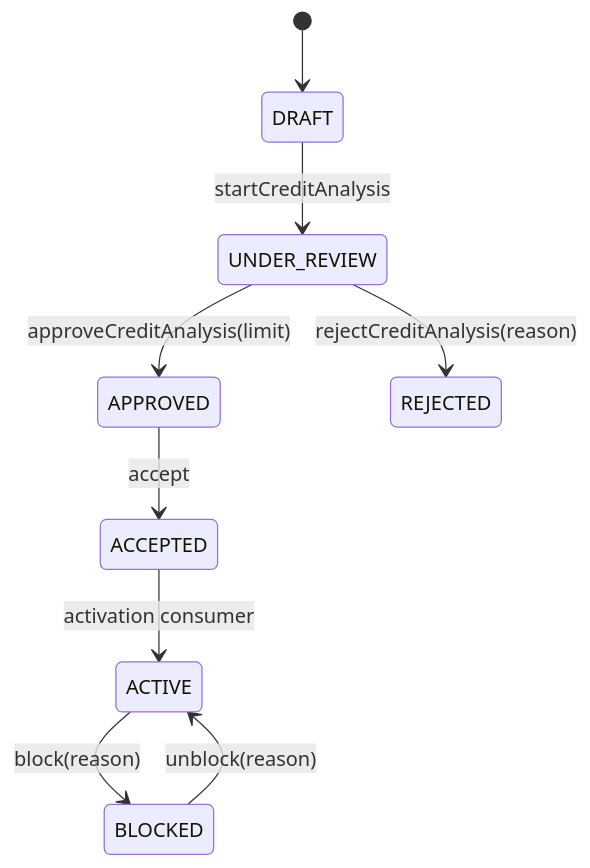
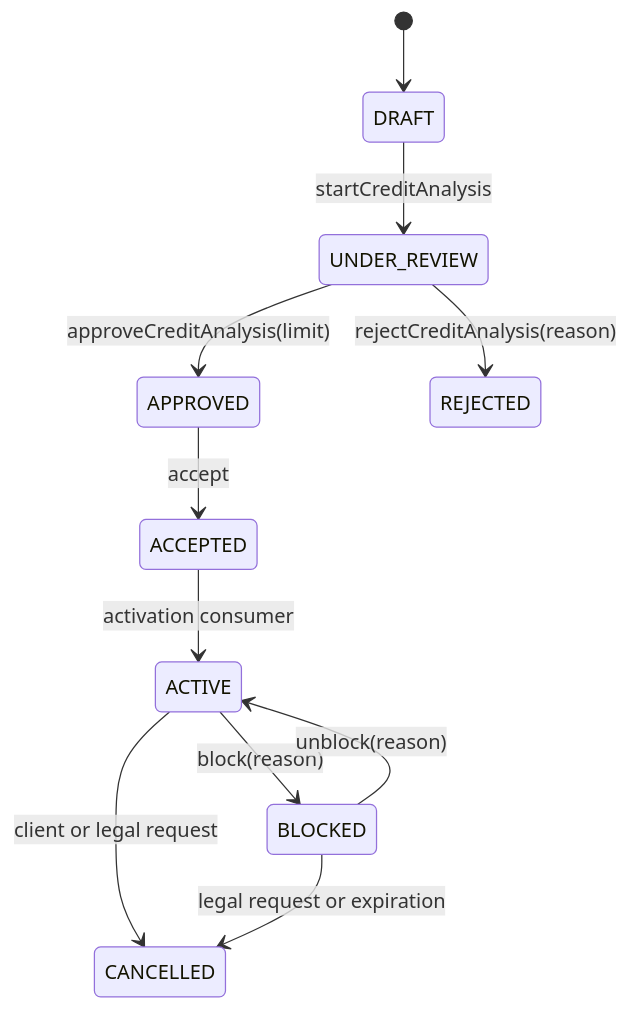
The second of 8 diagrams in docs/architecture/overview.md (tmcly/credit-contract-manager), drawn with Mermaid before and after one commit. The commit also changed other lines of this file and 29 other files, not shown here.

````diff
--- a/docs/architecture/overview.md
+++ b/docs/architecture/overview.md
@@ -86,11 +86,13 @@
 ```mermaid
 stateDiagram-v2
     [*] --> DRAFT
     DRAFT --> UNDER_REVIEW: startCreditAnalysis
     UNDER_REVIEW --> APPROVED: approveCreditAnalysis(limit)
     UNDER_REVIEW --> REJECTED: rejectCreditAnalysis(reason)
     APPROVED --> ACCEPTED: accept
     ACCEPTED --> ACTIVE: activation consumer
     ACTIVE --> BLOCKED: block(reason)
     BLOCKED --> ACTIVE: unblock(reason)
+    ACTIVE --> CANCELLED: client or legal request
+    BLOCKED --> CANCELLED: legal request or expiration
 ```
````
